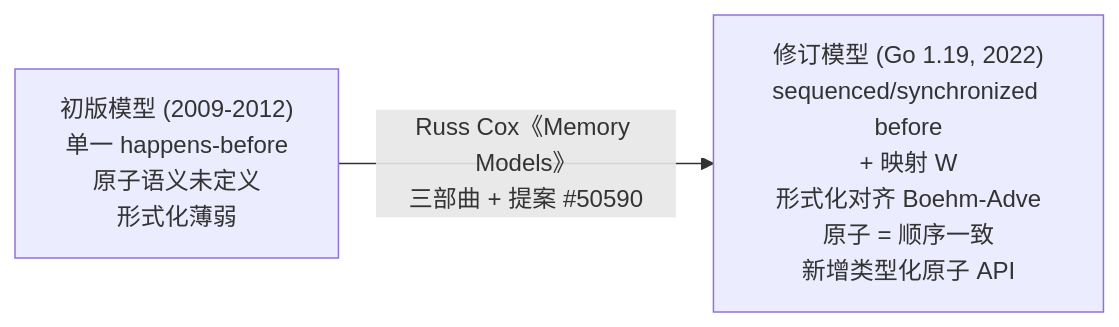
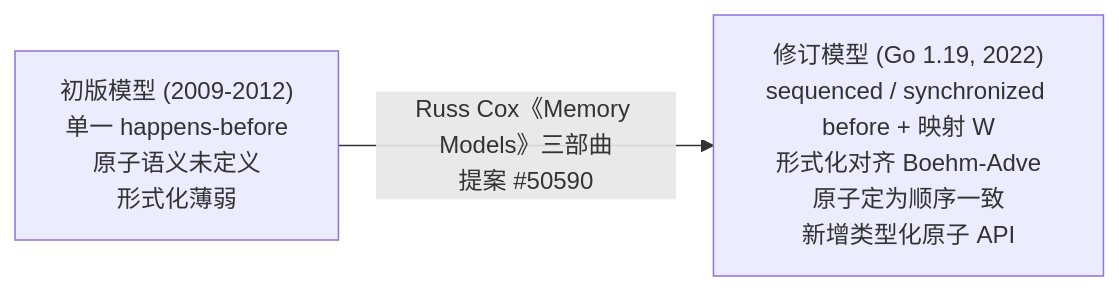
One commit to golang-design/under-the-hood changed the third of 3 diagrams in book/zh-cn/part1basic/ch05sync/mem.md. Above: the diagram before and after it, drawn with Mermaid. The commit also changed other lines of this file, not shown here.

First line of the commit message:
book: copyedit memory model chapter to formal-spare style + LaTeX math

````diff
--- a/book/zh-cn/part1basic/ch05sync/mem.md
+++ b/book/zh-cn/part1basic/ch05sync/mem.md
@@ -305,6 +277,6 @@
-{{< mermaid >}}
+```mermaid
 flowchart LR
     OLD["初版模型 (2009-2012)<br/>单一 happens-before<br/>原子语义未定义<br/>形式化薄弱"]
-    OLD -->|"Russ Cox《Memory Models》<br/>三部曲 + 提案 #50590"| NEW
-    NEW["修订模型 (Go 1.19, 2022)<br/>sequenced/synchronized before<br/>+ 映射 W<br/>形式化对齐 Boehm-Adve<br/>原子 = 顺序一致<br/>新增类型化原子 API"]
-{{< /mermaid >}}
+    OLD -->|"Russ Cox《Memory Models》三部曲<br/>提案 #50590"| NEW
+    NEW["修订模型 (Go 1.19, 2022)<br/>sequenced / synchronized before + 映射 W<br/>形式化对齐 Boehm-Adve<br/>原子定为顺序一致<br/>新增类型化原子 API"]
+```
````
